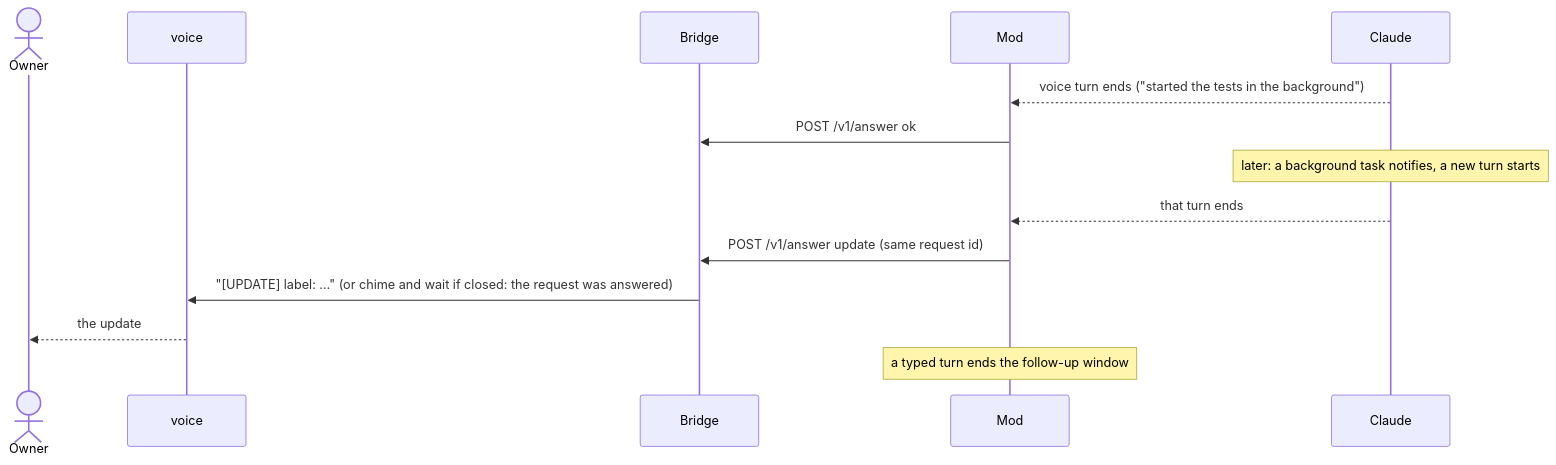
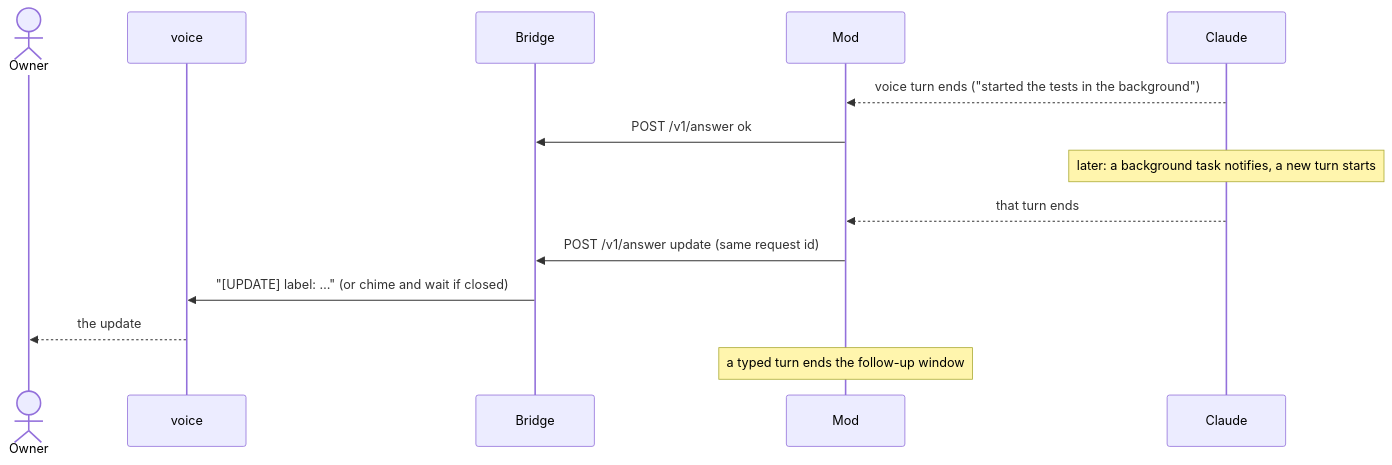
One commit to Nezhinskiy/claude-gpt-live-bridge changed the sixth of 8 diagrams in docs/architecture/overview.md. Above: the diagram before and after it, drawn with Mermaid. The commit also changed other lines of this file and 9 other files, not shown here.

First line of the commit message:
fix(app): the bridge decides which line opens the closed line

````diff
--- a/docs/architecture/overview.md
+++ b/docs/architecture/overview.md
@@ -285,16 +287,16 @@
 ```mermaid
 sequenceDiagram
   actor Owner
   participant Codex as voice
   participant Bridge
   participant Mod
   participant Claude
   Claude-->>Mod: voice turn ends ("started the tests in the background")
   Mod->>Bridge: POST /v1/answer ok
   Note over Claude: later: a background task notifies, a new turn starts
   Claude-->>Mod: that turn ends
   Mod->>Bridge: POST /v1/answer update (same request id)
-  Bridge->>Codex: "[UPDATE] label: …" (or chime and wait if closed: the request was answered)
+  Bridge->>Codex: "[UPDATE] label: …" (or chime and wait if closed)
   Codex-->>Owner: the update
   Note over Mod: a typed turn ends the follow-up window
 ```
````
